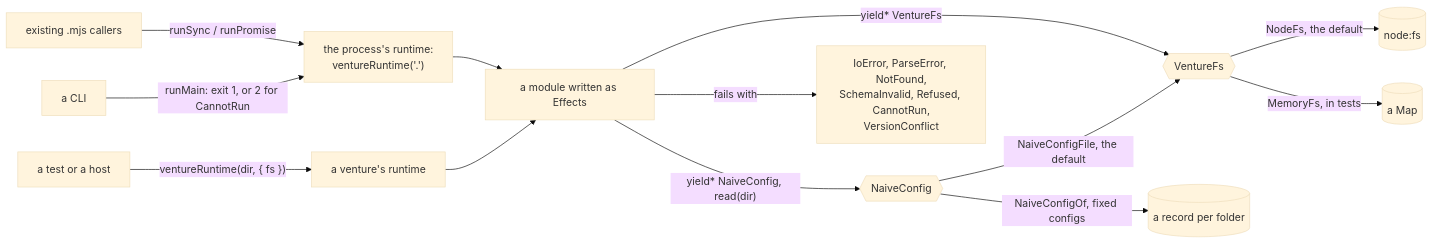
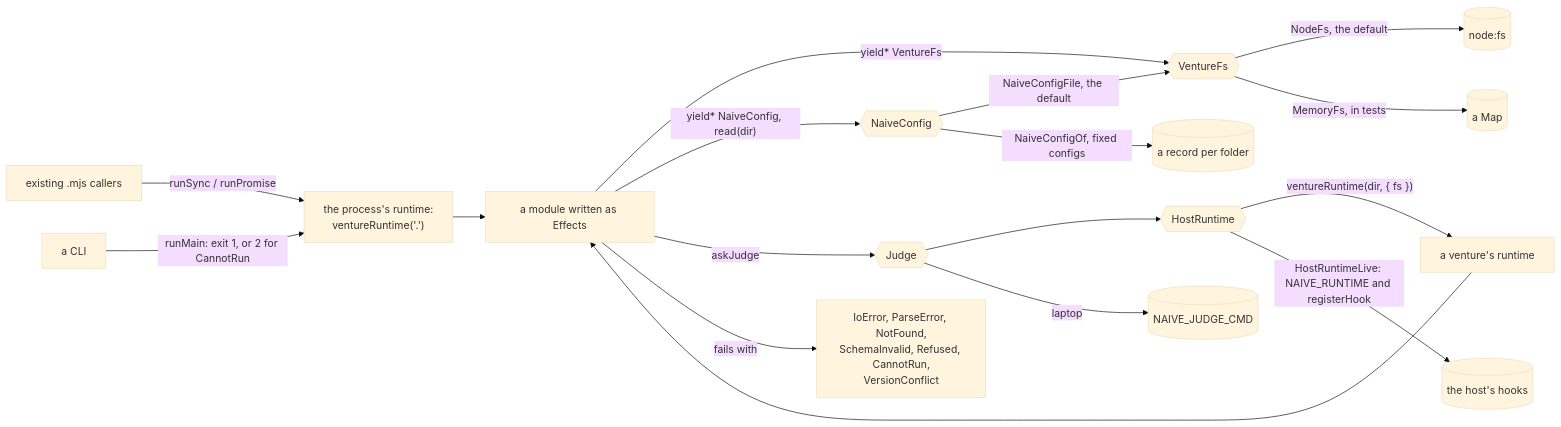
One commit to tchjhnsn/Naive changed the first of 2 diagrams in packages/naive/src/core/effect/README.md. Above: the diagram before and after it, drawn with Mermaid (base theme). The commit also changed other lines of this file and 6 other files, not shown here.

Commit message:
feat(core): HostRuntime and Judge as layers in the venture runtime

````diff
--- a/packages/naive/src/core/effect/README.md
+++ b/packages/naive/src/core/effect/README.md
@@ -9,15 +9,19 @@
 ```mermaid
 flowchart LR
   OLD["existing .mjs callers"] -->|runSync / runPromise| PROC["the process's runtime:<br/>ventureRuntime('.')"]
   CLI["a CLI"] -->|runMain: exit 1, or 2 for CannotRun| PROC
   HOST["a test or a host"] -->|"ventureRuntime(dir, { fs })"| RT["a venture's runtime"]
   PROC --> EFF["a module written as Effects"]
   RT --> EFF
   EFF -->|yield* VentureFs| FS{{VentureFs}}
   FS -->|NodeFs, the default| DISK[(node:fs)]
   FS -->|MemoryFs, in tests| MEM[(a Map)]
   EFF -->|"yield* NaiveConfig, read(dir)"| CFG{{NaiveConfig}}
   CFG -->|NaiveConfigFile, the default| FS
   CFG -->|NaiveConfigOf, fixed configs| FIX[(a record per folder)]
+  EFF -->|askJudge| JUDGE{{Judge}}
+  JUDGE --> HOST{{HostRuntime}}
+  HOST -->|HostRuntimeLive: NAIVE_RUNTIME and registerHook| HOOKS[(the host's hooks)]
+  JUDGE -->|laptop| CMD[(NAIVE_JUDGE_CMD)]
   EFF -->|fails with| ERR["IoError, ParseError, NotFound,<br/>SchemaInvalid, Refused, CannotRun,<br/>VersionConflict"]
 ```
````
